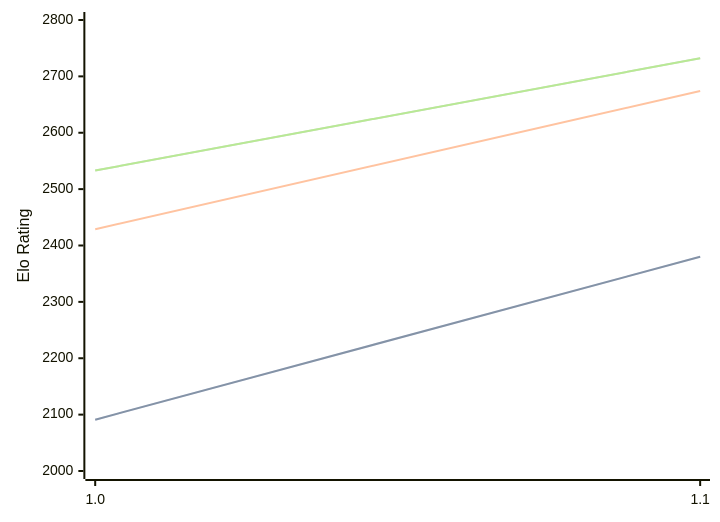
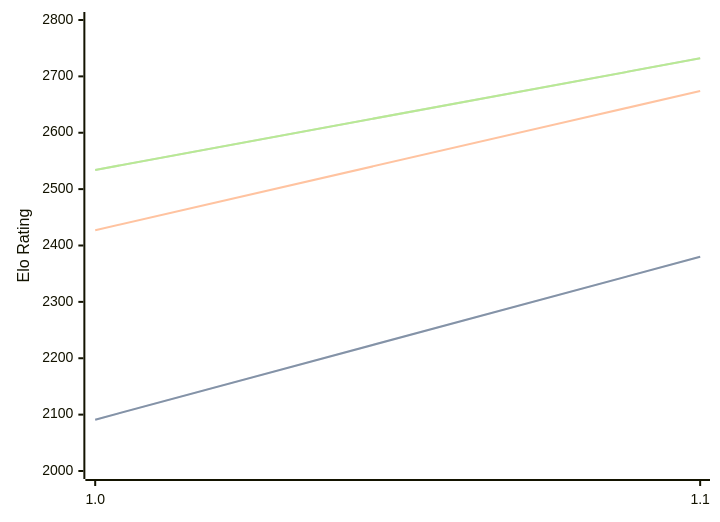
The diagram in engines/Erinn.md (computer-chess-index/cci), drawn with Mermaid before and after one commit. The commit also changed other lines of this file, not shown here.

Commit message:
Update CCI Ratings (ELO VLTC) - 2026-09-09

````diff
--- a/engines/Erinn.md
+++ b/engines/Erinn.md
@@ -32,11 +32,11 @@
 ```mermaid
 %%{init: {"theme":"base","themeVariables":{"seriesColors:['#a3a3a3','#222221','#faa371']}}}%%
 xychart-beta
   x-axis ["1.0", "1.1"]
   y-axis "Elo Rating" 2000 --> 2800
   line "" [2091, 2380]
   line "STC (8.0+0.08s)" [2091, 2380]
-  line "LTC (60.0+0.60s)" [2429, 2674]
-  line "" [2533, 2732]
-  line "VLTC (2m24s+1.12s)" [2533, 2732]
+  line "LTC (60.0+0.60s)" [2427, 2674]
+  line "" [2534, 2732]
+  line "VLTC (2m24s+1.12s)" [2534, 2732]
 ```
````
